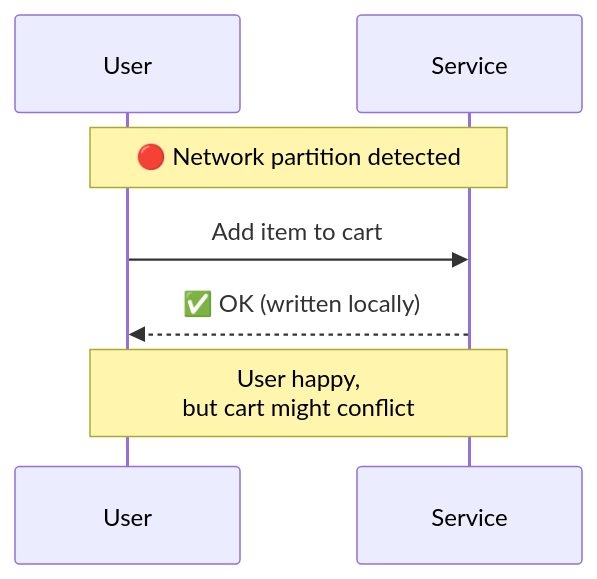
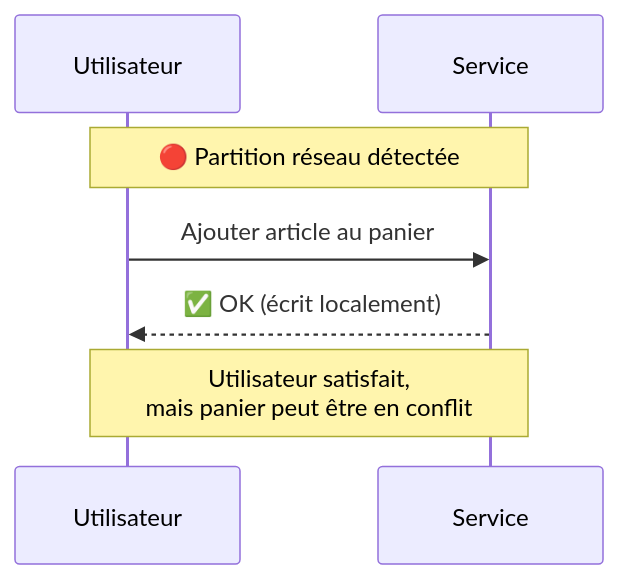
Before and after one commit to dardourimohamed/distributed-systems-course: diagram 11 of 12 in src/data-store/02-cap-theorem.md, drawn with Mermaid. The commit also changed other lines of this file and 38 other files, not shown here.

````diff
--- a/src/data-store/02-cap-theorem.md
+++ b/src/data-store/02-cap-theorem.md
@@ -299,12 +299,12 @@
 ```mermaid
 sequenceDiagram
-    participant U as User
+    participant U as Utilisateur
     participant S as Service
 
-    Note over U,S: 🔴 Network partition detected
+    Note over U,S: 🔴 Partition réseau détectée
 
-    U->>S: Add item to cart
-    S-->>U: ✅ OK (written locally)
+    U->>S: Ajouter article au panier
+    S-->>U: ✅ OK (écrit localement)
 
-    Note over U,S: User happy,<br/>but cart might conflict
+    Note over U,S: Utilisateur satisfait,<br/>mais panier peut être en conflit
 ```
````
